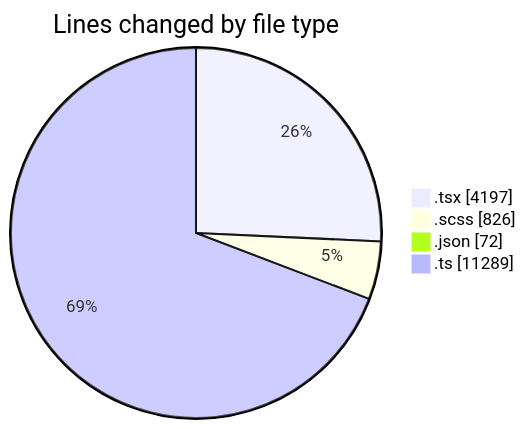
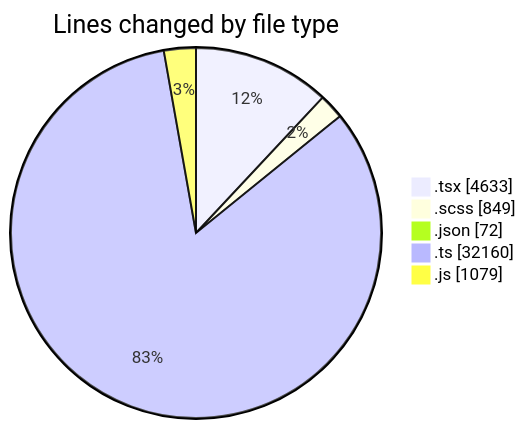
One commit to momahboobian/code-tracking changed the first of 2 diagrams in 2026-10-20/cda/README.md. Above: the diagram before and after it, drawn with Mermaid. The commit also changed other lines of this file and 1 other file, not shown here.

````diff
--- a/2026-10-20/cda/README.md
+++ b/2026-10-20/cda/README.md
@@ -41,8 +49,9 @@
 ```mermaid
 pie showData
 title Lines changed by file type
-".tsx" : 4197
-".scss" : 826
+".tsx" : 4633
+".scss" : 849
 ".json" : 72
-".ts" : 11289
+".ts" : 32160
+".js" : 1079
 ```
````
